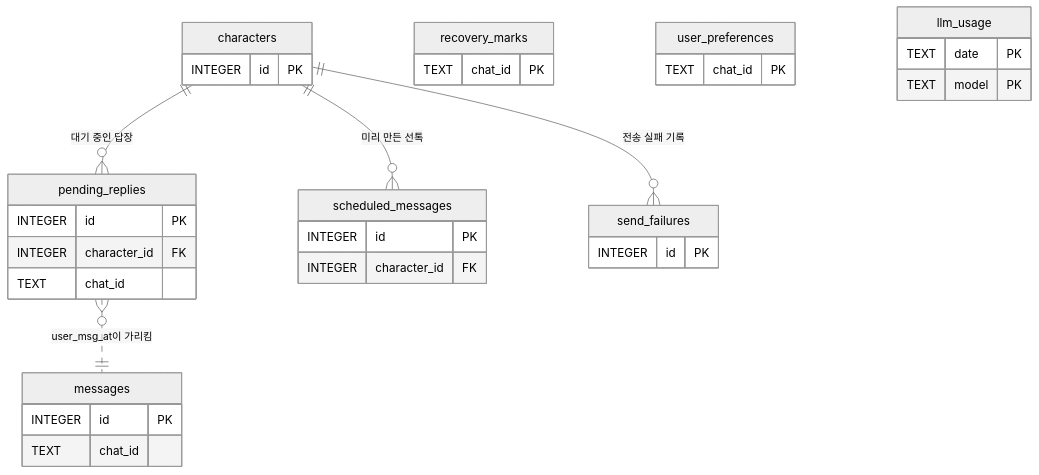
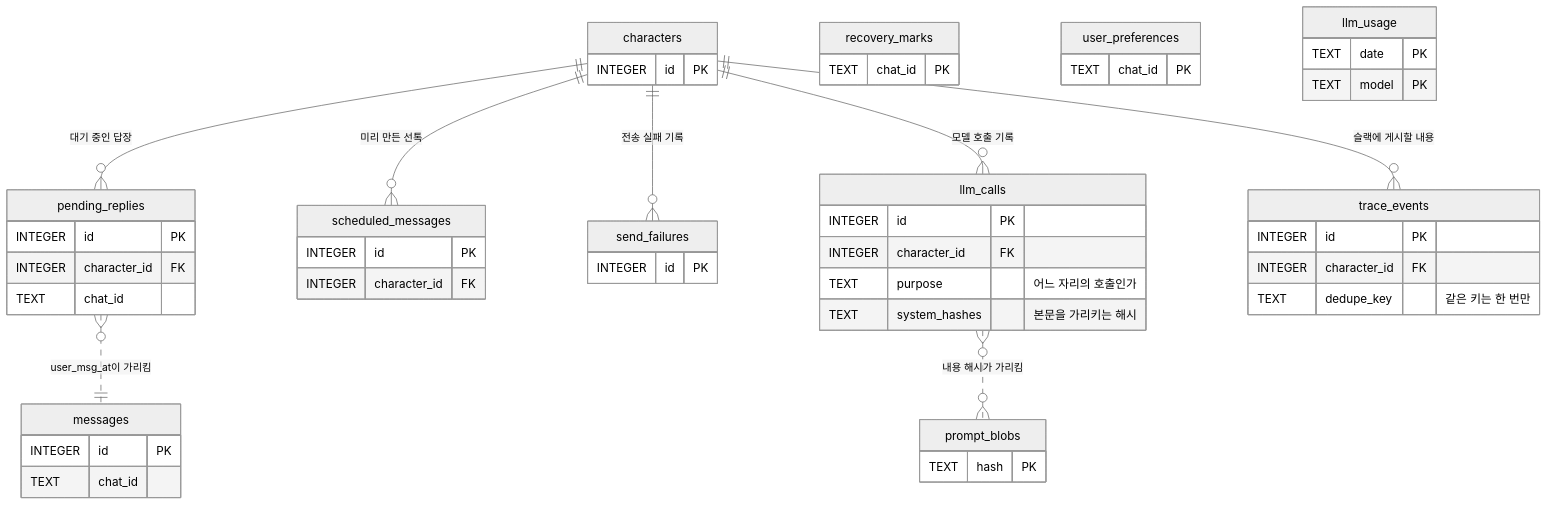
The third of 3 diagrams in erd.md (hyewon3938/random-ai-companion), drawn with Mermaid (neutral theme) before and after one commit. The commit also changed other lines of this file and 1 other file, not shown here.

````diff
--- a/erd.md
+++ b/erd.md
@@ -334,37 +334,54 @@
 ```mermaid
 erDiagram
     characters ||--o{ pending_replies : "대기 중인 답장"
     characters ||--o{ scheduled_messages : "미리 만든 선톡"
     characters ||--o{ send_failures : "전송 실패 기록"
+    characters ||--o{ llm_calls : "모델 호출 기록"
+    characters ||--o{ trace_events : "슬랙에 게시할 내용"
     pending_replies }o..|| messages : "user_msg_at이 가리킴"
+    llm_calls }o..o{ prompt_blobs : "내용 해시가 가리킴"
 
     characters {
         INTEGER id PK
     }
     messages {
         INTEGER id PK
         TEXT chat_id
     }
     pending_replies {
         INTEGER id PK
         INTEGER character_id FK
         TEXT chat_id
     }
     scheduled_messages {
         INTEGER id PK
         INTEGER character_id FK
     }
     recovery_marks {
         TEXT chat_id PK
     }
     send_failures {
         INTEGER id PK
     }
     user_preferences {
         TEXT chat_id PK
     }
     llm_usage {
         TEXT date PK
         TEXT model PK
     }
+    llm_calls {
+        INTEGER id PK
+        INTEGER character_id FK
+        TEXT purpose "어느 자리의 호출인가"
+        TEXT system_hashes "본문을 가리키는 해시"
+    }
+    prompt_blobs {
+        TEXT hash PK
+    }
+    trace_events {
+        INTEGER id PK
+        INTEGER character_id FK
+        TEXT dedupe_key "같은 키는 한 번만"
+    }
 ```
````
